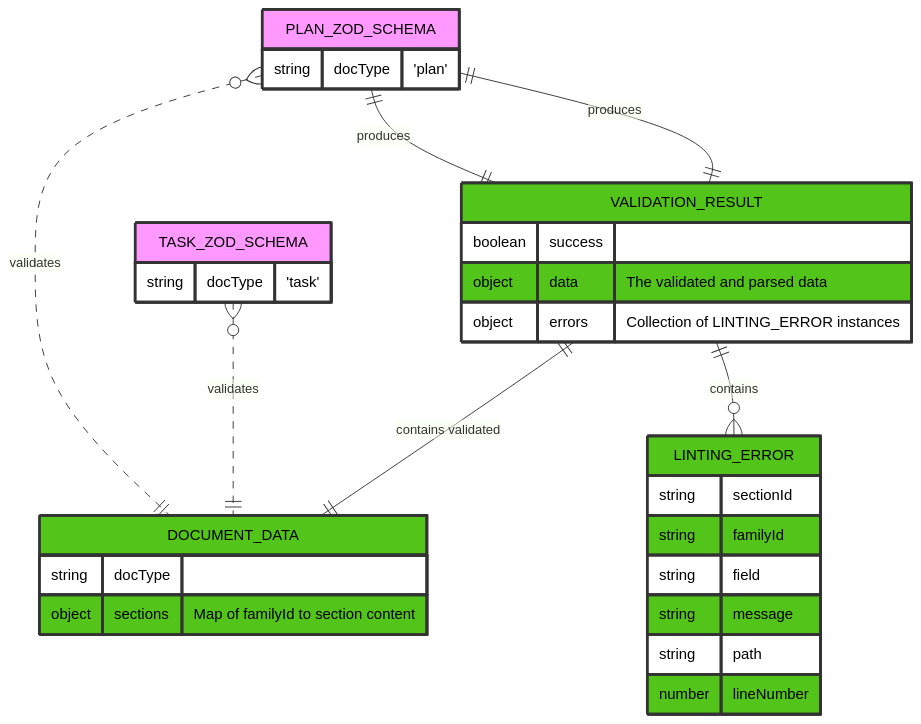
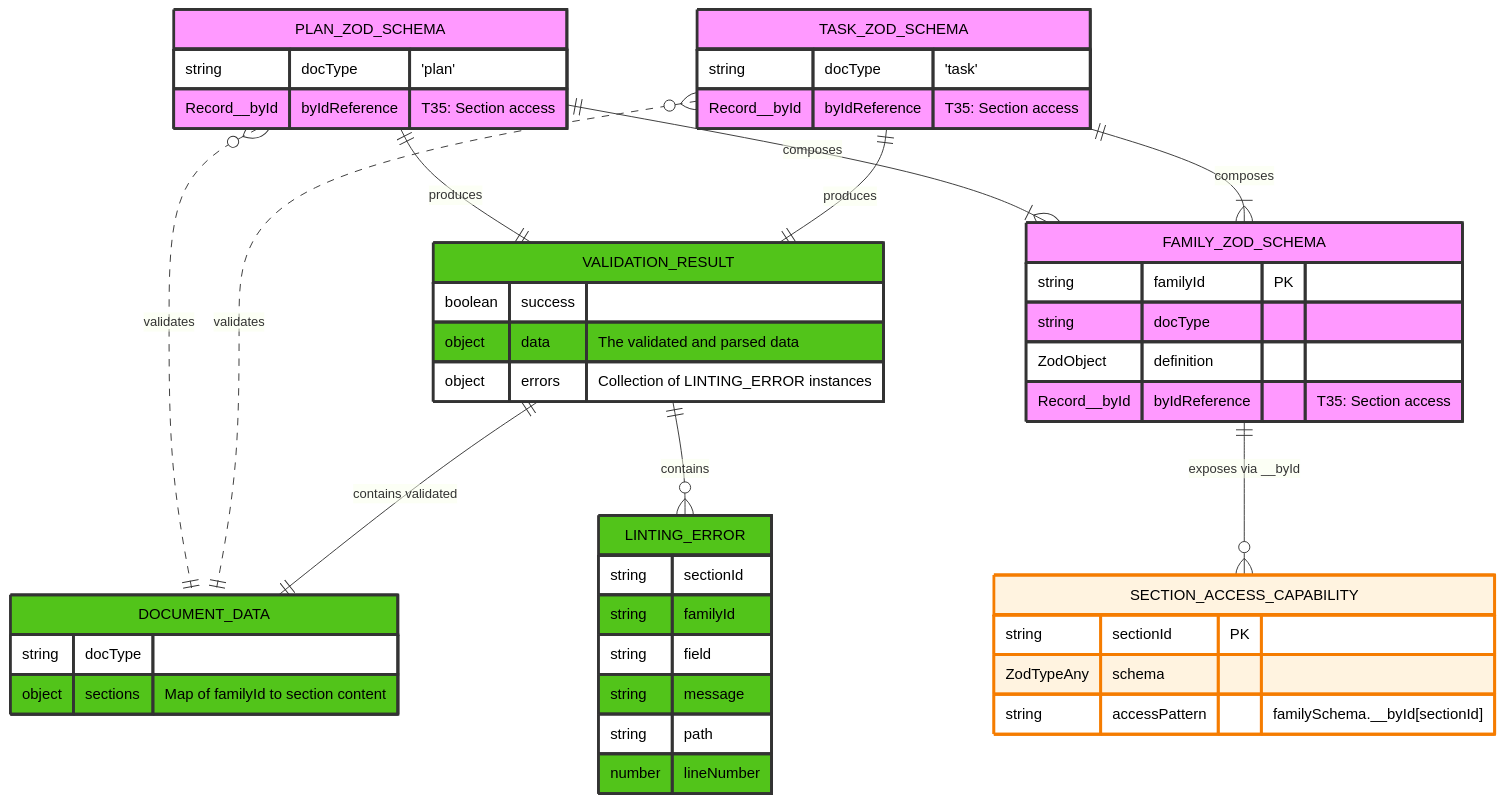
The first of 4 diagrams in docs/requirements/p1-p6.t34-schema-provider.task.md (livelifelively/documentation-driven-development-tools), drawn with Mermaid before and after one commit. The commit also changed other lines of this file and 5 other files, not shown here.

````diff
--- a/docs/requirements/p1-p6.t34-schema-provider.task.md
+++ b/docs/requirements/p1-p6.t34-schema-provider.task.md
@@ -63,41 +66,59 @@
 ```mermaid
 erDiagram
     DOCUMENT_DATA {
         string docType
         object sections "Map of familyId to section content"
     }
     VALIDATION_RESULT {
         boolean success
         object data "The validated and parsed data"
         object errors "Collection of LINTING_ERROR instances"
     }
     LINTING_ERROR {
         string sectionId
         string familyId
         string field
         string message
         string path
         number lineNumber
     }
     PLAN_ZOD_SCHEMA {
         string docType "'plan'"
+        Record__byId byIdReference "T35: Section access"
     }
     TASK_ZOD_SCHEMA {
         string docType "'task'"
+        Record__byId byIdReference "T35: Section access"
     }
-
+    FAMILY_ZOD_SCHEMA {
+        string familyId PK
+        string docType
+        ZodObject definition
+        Record__byId byIdReference "T35: Section access"
+    }
+    SECTION_ACCESS_CAPABILITY {
+        string sectionId PK
+        ZodTypeAny schema
+        string accessPattern "familySchema.__byId[sectionId]"
+    }
 
     PLAN_ZOD_SCHEMA }o..|| DOCUMENT_DATA : "validates"
     TASK_ZOD_SCHEMA }o..|| DOCUMENT_DATA : "validates"
-    PLAN_ZOD_SCHEMA ||--|| VALIDATION_RESULT :  "produces"
-    PLAN_ZOD_SCHEMA ||--|| VALIDATION_RESULT:  "produces"
+    PLAN_ZOD_SCHEMA ||--|| VALIDATION_RESULT : "produces"
+    TASK_ZOD_SCHEMA ||--|| VALIDATION_RESULT : "produces"
     VALIDATION_RESULT ||--o{ LINTING_ERROR : "contains"
     VALIDATION_RESULT ||--|| DOCUMENT_DATA : "contains validated"
+
+    PLAN_ZOD_SCHEMA ||--|{ FAMILY_ZOD_SCHEMA : "composes"
+    TASK_ZOD_SCHEMA ||--|{ FAMILY_ZOD_SCHEMA : "composes"
+    FAMILY_ZOD_SCHEMA ||--o{ SECTION_ACCESS_CAPABILITY : "exposes via __byId"
 
     classDef schemas fill:#f9f,stroke:#333,stroke-width:3px, color: #000;
     classDef runtime fill:#722ed1,stroke:#333,stroke-width:3px, color: #000;
     classDef contracts fill:#52c41a,stroke:#333,stroke-width:3px, color: #000;
+    classDef t35Enhancement fill:#fff3e0,stroke:#f57c00,stroke-width:3px, color: #000;
 
-    class PLAN_ZOD_SCHEMA,TASK_ZOD_SCHEMA schemas
+    class PLAN_ZOD_SCHEMA,TASK_ZOD_SCHEMA,FAMILY_ZOD_SCHEMA schemas
     class DOCUMENT_DATA, VALIDATION_RESULT, LINTING_ERROR contracts
+    class SECTION_ACCESS_CAPABILITY t35Enhancement
 ```
````
